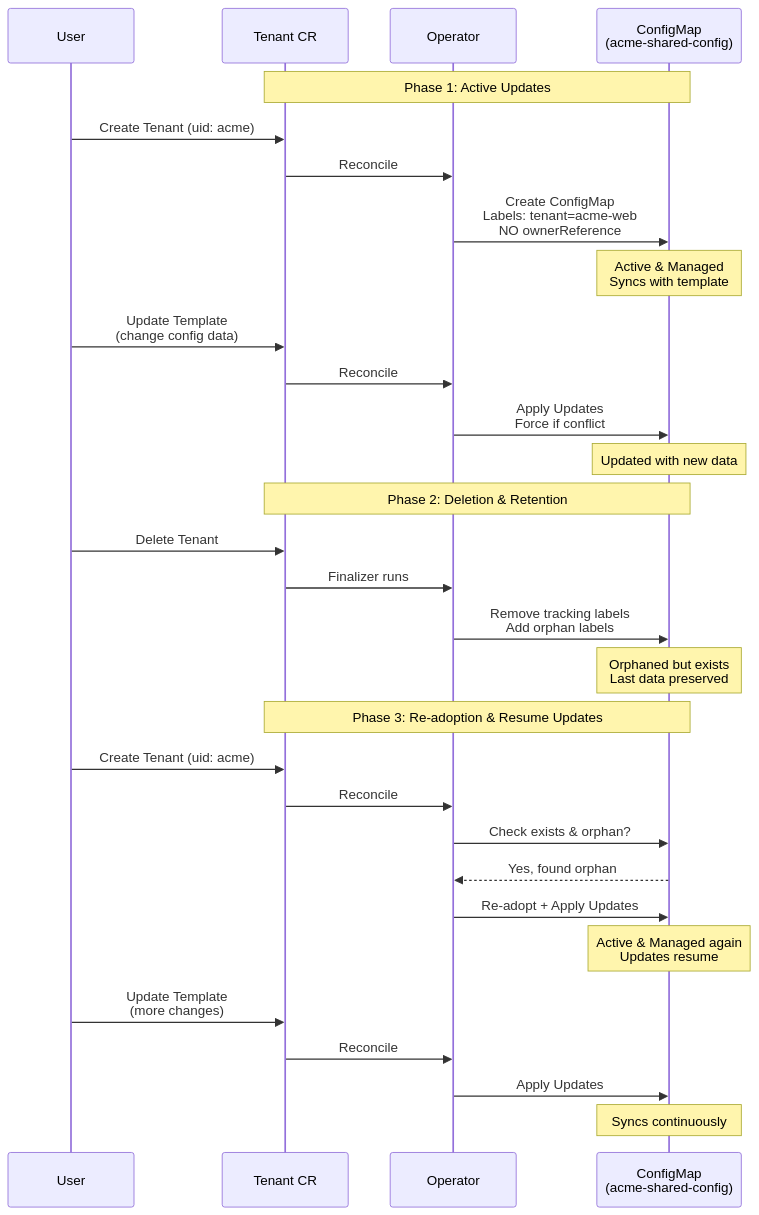
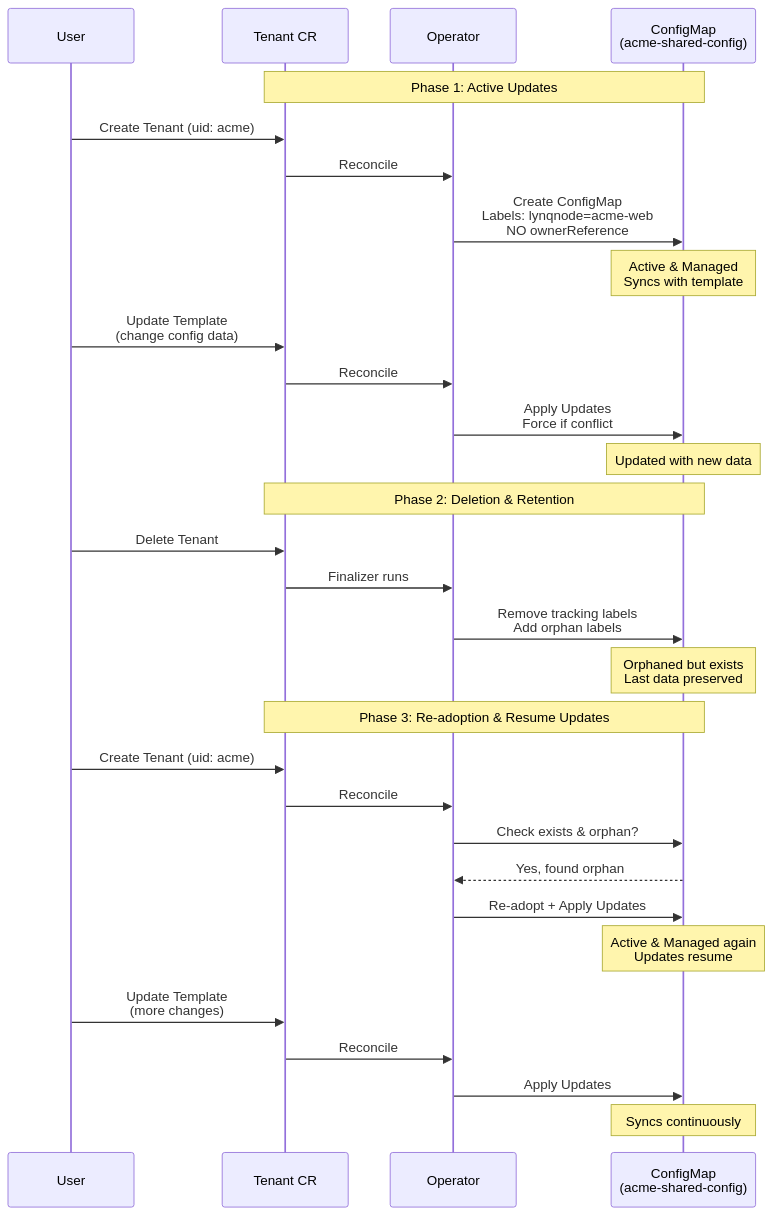
The sixth of 7 diagrams in docs/policies-examples.md (kubernetes-tenants/tenant-operator), drawn with Mermaid before and after one commit. The commit also changed other lines of this file and 193 other files, not shown here.

````diff
--- a/docs/policies-examples.md
+++ b/docs/policies-examples.md
@@ -448,37 +448,37 @@
 ```mermaid
 sequenceDiagram
     participant User
     participant Tenant as Tenant CR
     participant Operator
     participant ConfigMap as ConfigMap<br/>(acme-shared-config)
 
     Note over Tenant,ConfigMap: Phase 1: Active Updates
     User->>Tenant: Create Tenant (uid: acme)
     Tenant->>Operator: Reconcile
-    Operator->>ConfigMap: Create ConfigMap<br/>Labels: tenant=acme-web<br/>NO ownerReference
+    Operator->>ConfigMap: Create ConfigMap<br/>Labels: lynqnode=acme-web<br/>NO ownerReference
     Note over ConfigMap: Active & Managed<br/>Syncs with template
 
     User->>Tenant: Update Template<br/>(change config data)
     Tenant->>Operator: Reconcile
     Operator->>ConfigMap: Apply Updates<br/>Force if conflict
     Note over ConfigMap: Updated with new data
 
     Note over Tenant,ConfigMap: Phase 2: Deletion & Retention
     User->>Tenant: Delete Tenant
     Tenant->>Operator: Finalizer runs
     Operator->>ConfigMap: Remove tracking labels<br/>Add orphan labels
     Note over ConfigMap: Orphaned but exists<br/>Last data preserved
 
     Note over Tenant,ConfigMap: Phase 3: Re-adoption & Resume Updates
     User->>Tenant: Create Tenant (uid: acme)
     Tenant->>Operator: Reconcile
     Operator->>ConfigMap: Check exists & orphan?
     ConfigMap-->>Operator: Yes, found orphan
     Operator->>ConfigMap: Re-adopt + Apply Updates
     Note over ConfigMap: Active & Managed again<br/>Updates resume
 
     User->>Tenant: Update Template<br/>(more changes)
     Tenant->>Operator: Reconcile
     Operator->>ConfigMap: Apply Updates
     Note over ConfigMap: Syncs continuously
 ```
````
